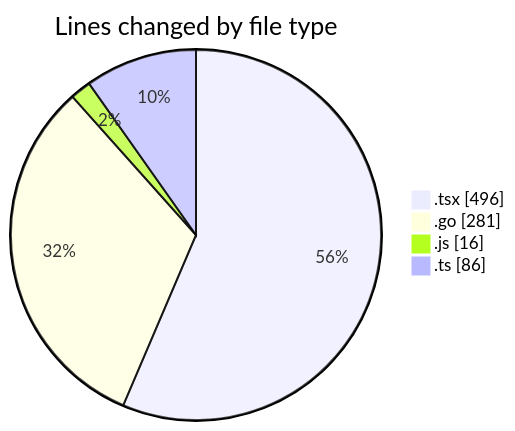
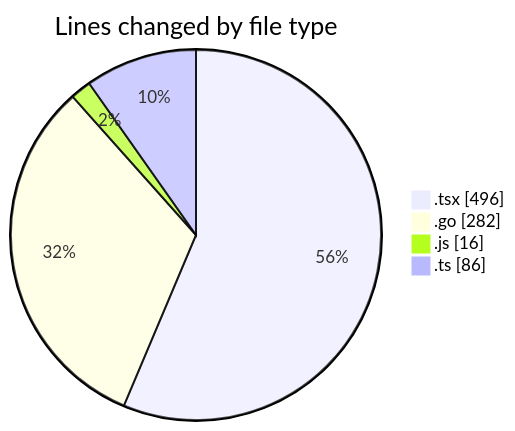
Before and after one commit to robertbonfada/code-tracking: the first of 2 diagrams in 2025-03-04/termonied_testador/README.md, drawn with Mermaid. The commit also changed other lines of this file and 1 other file, not shown here.

````diff
--- a/2025-03-04/termonied_testador/README.md
+++ b/2025-03-04/termonied_testador/README.md
@@ -26,8 +26,8 @@
 ```mermaid
 pie showData
 title Lines changed by file type
 ".tsx" : 496
-".go" : 281
+".go" : 282
 ".js" : 16
 ".ts" : 86
 ```
````
